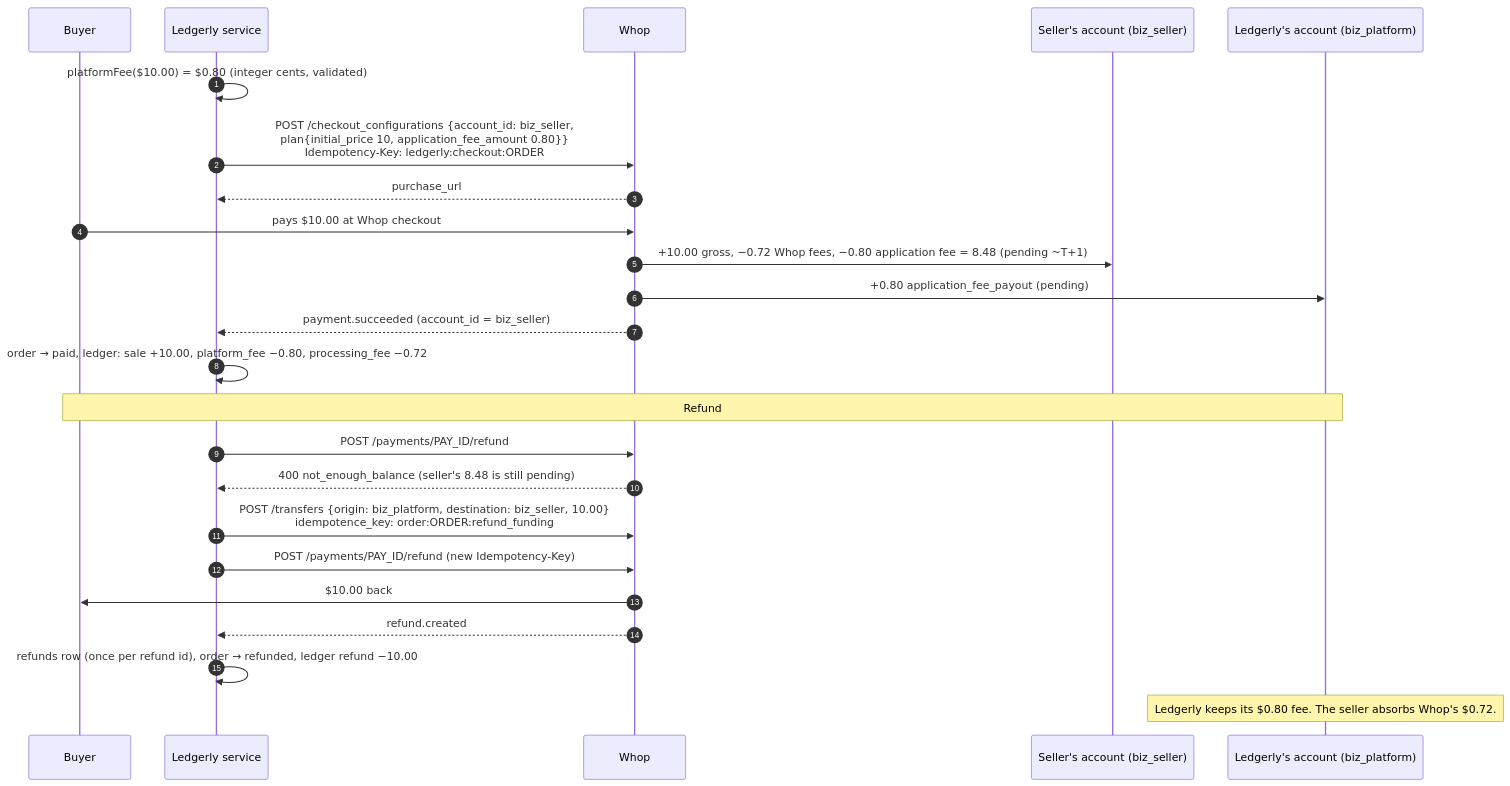
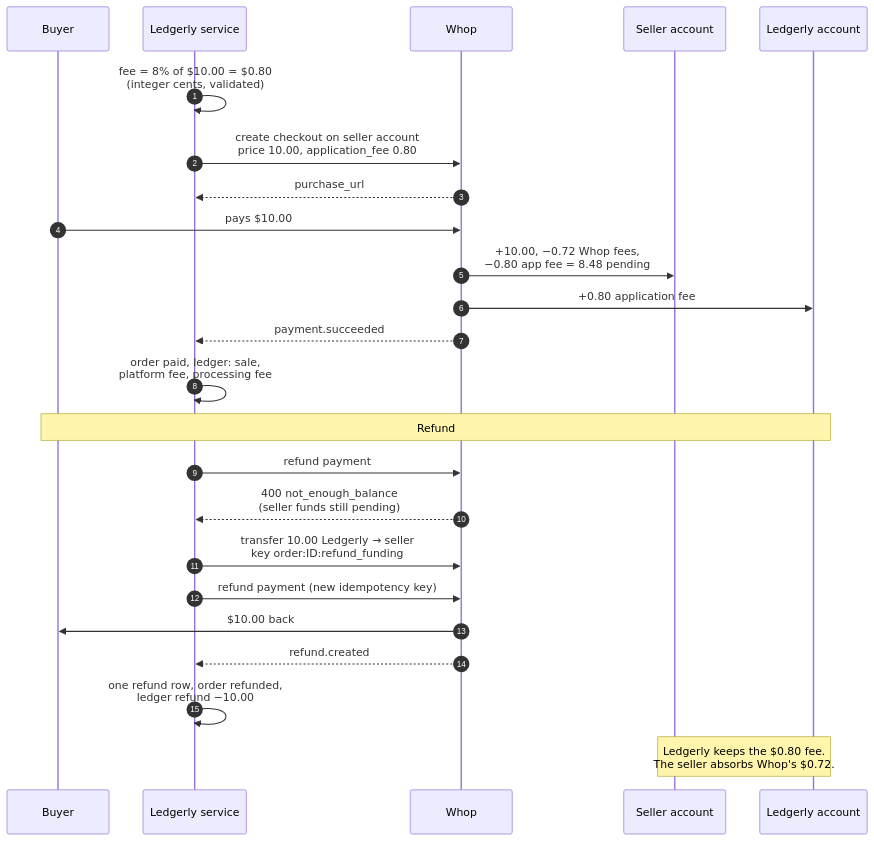
One commit to steve-cooks/ledgerly-on-whop changed the second of 3 diagrams in README.md. Above: the diagram before and after it, drawn with Mermaid. The commit also changed other lines of this file, not shown here.

Commit message:
Make README sequence diagrams readable

````diff
--- a/README.md
+++ b/README.md
@@ -77,28 +77,28 @@
 ```mermaid
 sequenceDiagram
   autonumber
   participant B as Buyer
   participant L as Ledgerly service
   participant W as Whop
-  participant S as Seller's account (biz_seller)
-  participant P as Ledgerly's account (biz_platform)
+  participant S as Seller account
+  participant P as Ledgerly account
 
-  L->>L: platformFee($10.00) = $0.80 (integer cents, validated)
-  L->>W: POST /checkout_configurations {account_id: biz_seller,<br/>plan{initial_price 10, application_fee_amount 0.80}}<br/>Idempotency-Key: ledgerly:checkout:ORDER
+  L->>L: fee = 8% of $10.00 = $0.80<br/>(integer cents, validated)
+  L->>W: create checkout on seller account<br/>price 10.00, application_fee 0.80
   W-->>L: purchase_url
-  B->>W: pays $10.00 at Whop checkout
-  W->>S: +10.00 gross, −0.72 Whop fees, −0.80 application fee = 8.48 (pending ~T+1)
-  W->>P: +0.80 application_fee_payout (pending)
-  W-->>L: payment.succeeded (account_id = biz_seller)
-  L->>L: order → paid, ledger: sale +10.00, platform_fee −0.80, processing_fee −0.72
+  B->>W: pays $10.00
+  W->>S: +10.00, −0.72 Whop fees,<br/>−0.80 app fee = 8.48 pending
+  W->>P: +0.80 application fee
+  W-->>L: payment.succeeded
+  L->>L: order paid, ledger: sale,<br/>platform fee, processing fee
 
   Note over B,P: Refund
-  L->>W: POST /payments/PAY_ID/refund
-  W-->>L: 400 not_enough_balance (seller's 8.48 is still pending)
-  L->>W: POST /transfers {origin: biz_platform, destination: biz_seller, 10.00}<br/>idempotence_key: order:ORDER:refund_funding
-  L->>W: POST /payments/PAY_ID/refund (new Idempotency-Key)
+  L->>W: refund payment
+  W-->>L: 400 not_enough_balance<br/>(seller funds still pending)
+  L->>W: transfer 10.00 Ledgerly → seller<br/>key order:ID:refund_funding
+  L->>W: refund payment (new idempotency key)
   W->>B: $10.00 back
   W-->>L: refund.created
-  L->>L: refunds row (once per refund id), order → refunded, ledger refund −10.00
-  Note over P: Ledgerly keeps its $0.80 fee. The seller absorbs Whop's $0.72.
+  L->>L: one refund row, order refunded,<br/>ledger refund −10.00
+  Note over S,P: Ledgerly keeps the $0.80 fee.<br/>The seller absorbs Whop's $0.72.
 ```
````
